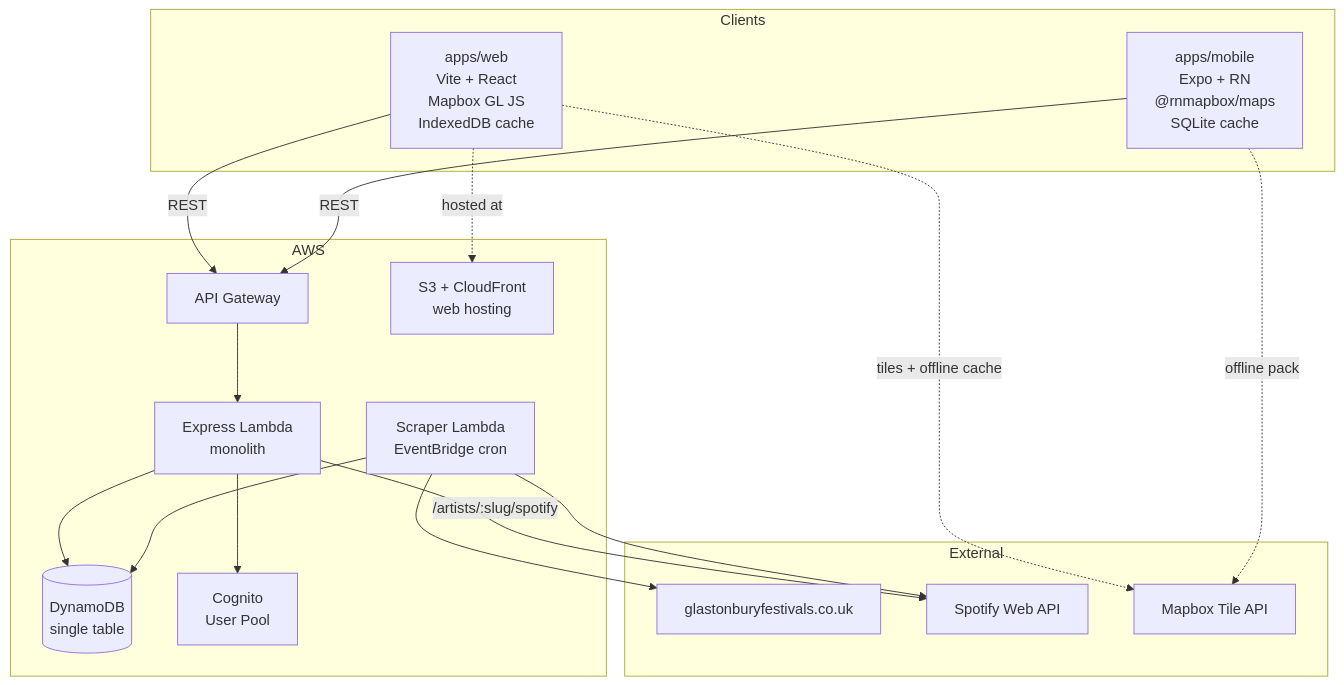
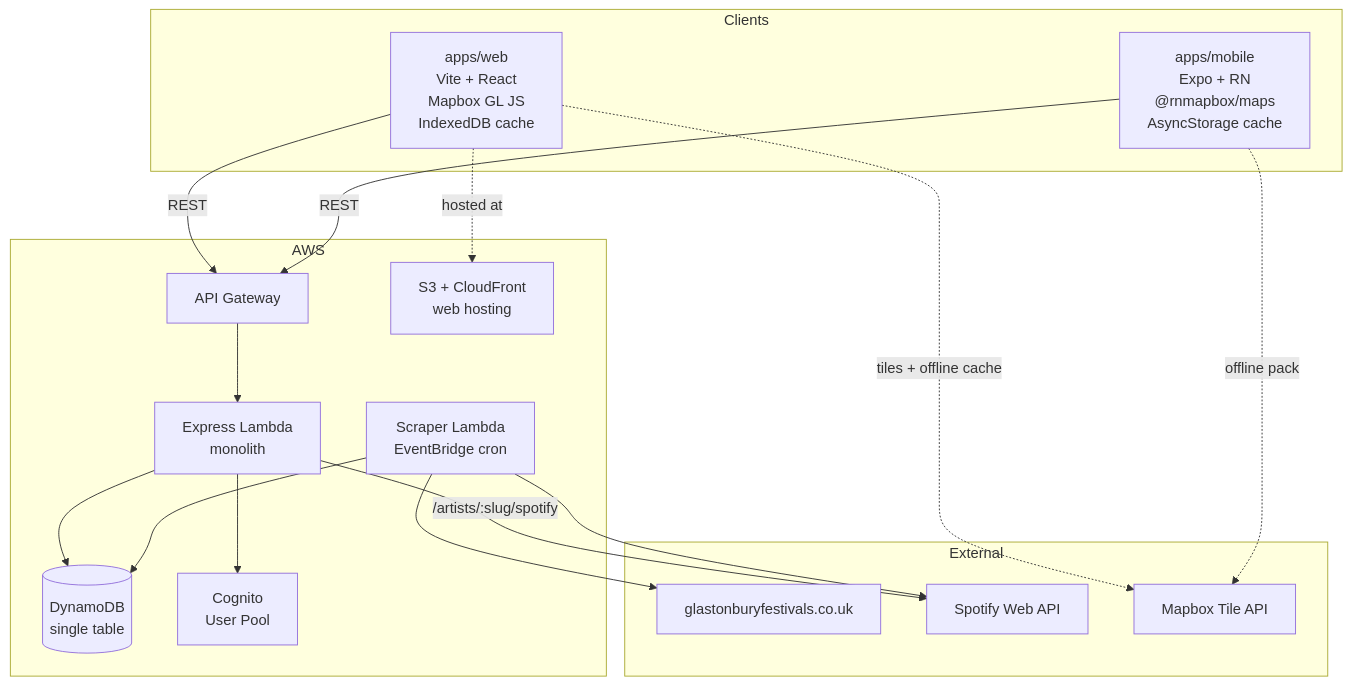
One commit to jameslevine/unofficial-glasto changed the diagram in docs/ARCHITECTURE.md. Above: the diagram before and after it, drawn with Mermaid. The commit also changed other lines of this file and 4 other files, not shown here.

````diff
--- a/docs/ARCHITECTURE.md
+++ b/docs/ARCHITECTURE.md
@@ -5,35 +5,35 @@
 ```mermaid
 flowchart TB
   subgraph Clients
     Web["apps/web<br/>Vite + React<br/>Mapbox GL JS<br/>IndexedDB cache"]
-    Mobile["apps/mobile<br/>Expo + RN<br/>@rnmapbox/maps<br/>SQLite cache"]
+    Mobile["apps/mobile<br/>Expo + RN<br/>@rnmapbox/maps<br/>AsyncStorage cache"]
   end
 
   subgraph AWS
     APIGW[API Gateway]
     Lambda[Express Lambda<br/>monolith]
     DDB[(DynamoDB<br/>single table)]
     Cognito[Cognito<br/>User Pool]
     Scraper[Scraper Lambda<br/>EventBridge cron]
     S3[S3 + CloudFront<br/>web hosting]
   end
 
   subgraph External
     GlastoSite[glastonburyfestivals.co.uk]
     Spotify[Spotify Web API]
     Mapbox[Mapbox Tile API]
   end
 
   Web -->|REST| APIGW
   Mobile -->|REST| APIGW
   Web -.->|tiles + offline cache| Mapbox
   Mobile -.->|offline pack| Mapbox
   APIGW --> Lambda
   Lambda --> DDB
   Lambda --> Cognito
   Lambda -->|/artists/:slug/spotify| Spotify
   Scraper --> GlastoSite
   Scraper --> Spotify
   Scraper --> DDB
   Web -.->|hosted at| S3
 ```
````
